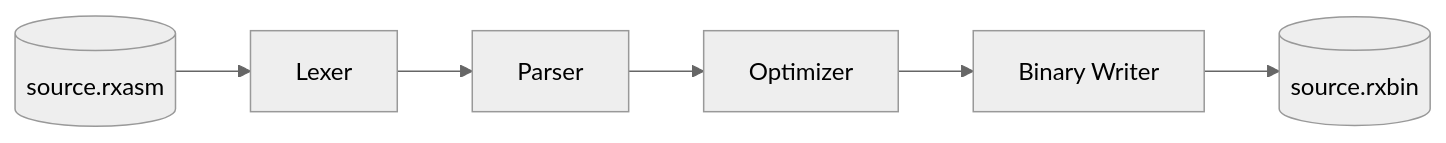
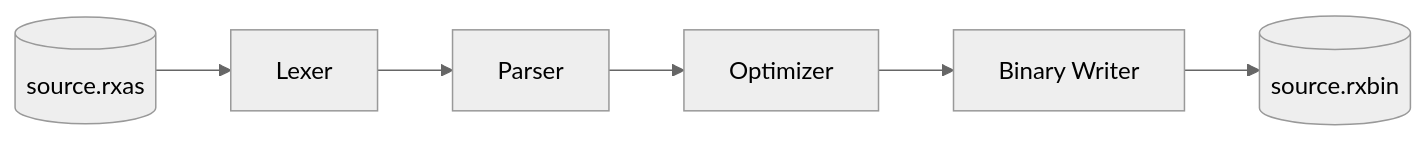
The diagram in docs/books/crexx_programming_guide/charts/asmstructure.mmd (adesutherland/CREXX), drawn with Mermaid before and after one commit. The commit also changed 18 other files, not shown here.

```diff
--- a/docs/books/crexx_programming_guide/charts/asmstructure.mmd
+++ b/docs/books/crexx_programming_guide/charts/asmstructure.mmd
@@ -1,7 +1,7 @@
 %%{init: {'theme':'neutral'}}%%
 graph LR
-A[(source.rxasm)] --> B[Lexer]
+A[(source.rxas)] --> B[Lexer]
 B --> C[Parser]
 C --> D[Optimizer]
 D --> E[Binary Writer]
 E --> F[(source.rxbin)]
```
